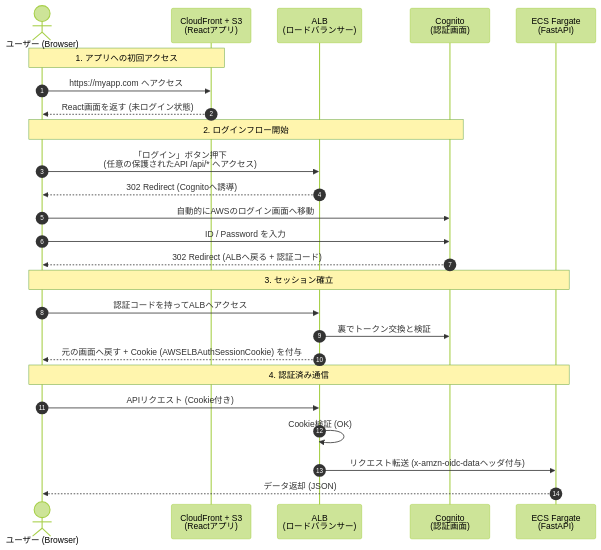
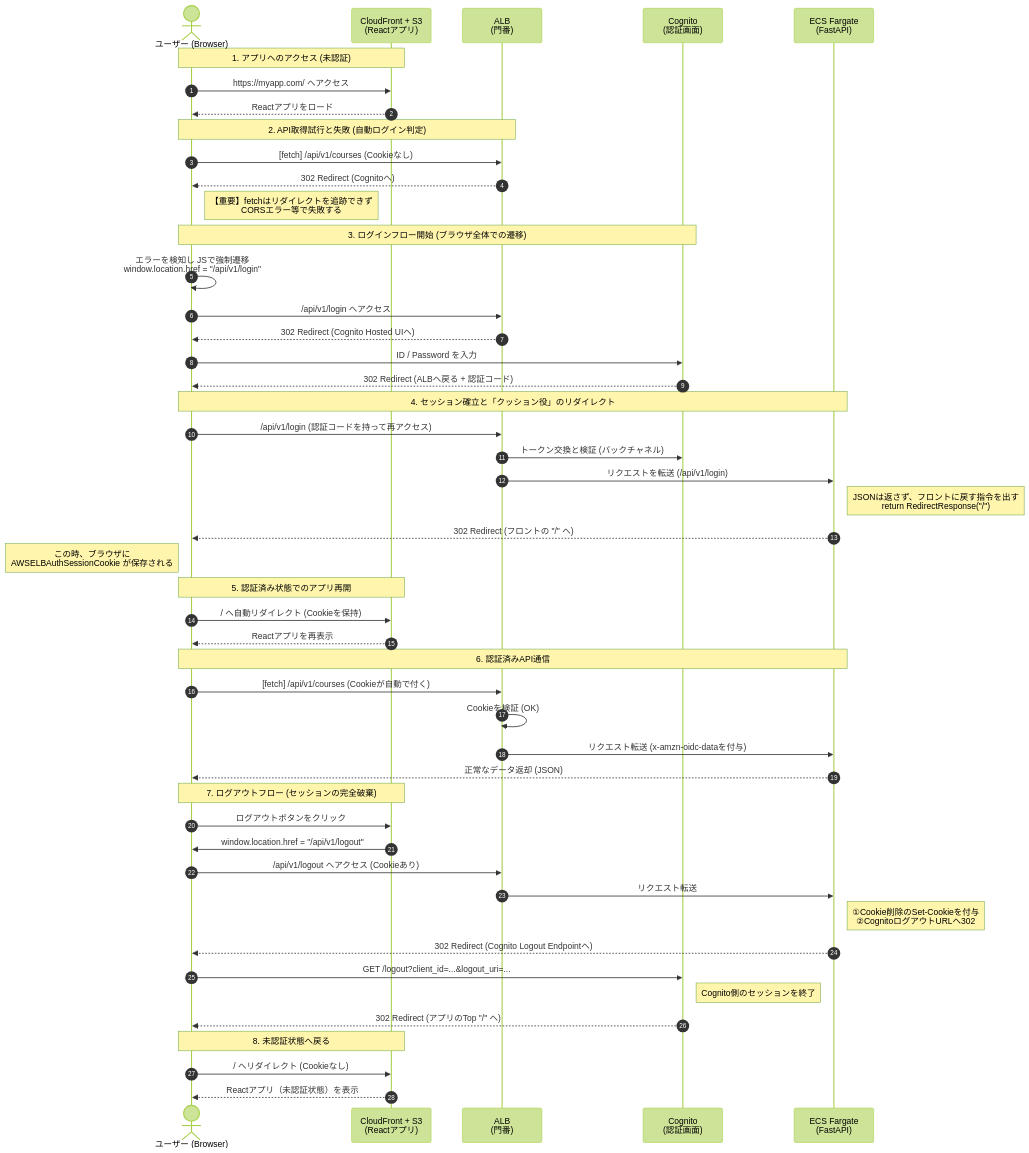
The diagram in docs/auth-flow.md (yt1970/AIE-DXproject_1_back), drawn with Mermaid (forest theme) before and after one commit. The commit also changed other lines of this file, not shown here.

Commit message:
docs: Update authentication flow documentation

````diff
--- a/docs/auth-flow.md
+++ b/docs/auth-flow.md
@@ -5,32 +5,60 @@
 ```mermaid
 sequenceDiagram
     autonumber
     actor User as ユーザー (Browser)
-    participant S3 as CloudFront + S3<br>(Reactアプリ)
-    participant ALB as ALB<br>(ロードバランサー)
-    participant Cognito as Cognito<br>(認証画面)
-    participant API as ECS Fargate<br>(FastAPI)
+    participant S3 as CloudFront + S3<br/>(Reactアプリ)
+    participant ALB as ALB<br/>(門番)
+    participant Cognito as Cognito<br/>(認証画面)
+    participant API as ECS Fargate<br/>(FastAPI)
 
-    Note over User, S3: 1. アプリへの初回アクセス
-    User->>S3: https://myapp.com へアクセス
-    S3-->>User: React画面を返す (未ログイン状態)
+    Note over User, S3: 1. アプリへのアクセス (未認証)
+    User->>S3: https://myapp.com/ へアクセス
+    S3-->>User: Reactアプリをロード
 
-    Note over User, Cognito: 2. ログインフロー開始
-    User->>ALB: 「ログイン」ボタン押下<br>(任意の保護されたAPI /api/* へアクセス)
-    ALB-->>User: 302 Redirect (Cognitoへ誘導)
-    
-    User->>Cognito: 自動的にAWSのログイン画面へ移動
+    Note over User, ALB: 2. API取得試行と失敗 (自動ログイン判定)
+    User->>ALB: [fetch] /api/v1/courses (Cookieなし)
+    ALB-->>User: 302 Redirect (Cognitoへ)
+    Note right of User: 【重要】fetchはリダイレクトを追跡できず<br/>CORSエラー等で失敗する
+
+    Note over User, Cognito: 3. ログインフロー開始 (ブラウザ全体での遷移)
+    User->>User: エラーを検知し JSで強制遷移<br/>window.location.href = "/api/v1/login"
+    User->>ALB: /api/v1/login へアクセス
+    ALB-->>User: 302 Redirect (Cognito Hosted UIへ)
     User->>Cognito: ID / Password を入力
     Cognito-->>User: 302 Redirect (ALBへ戻る + 認証コード)
 
-    Note over User, API: 3. セッション確立
-    User->>ALB: 認証コードを持ってALBへアクセス
-    ALB->>Cognito: 裏でトークン交換と検証
-    ALB-->>User: 元の画面へ戻す + Cookie (AWSELBAuthSessionCookie) を付与
+    Note over User, API: 4. セッション確立と「クッション役」のリダイレクト
+    User->>ALB: /api/v1/login (認証コードを持って再アクセス)
+    ALB->>Cognito: トークン交換と検証 (バックチャネル)
+    ALB->>API: リクエストを転送 (/api/v1/login)
+    Note right of API: JSONは返さず、フロントに戻す指令を出す<br/>return RedirectResponse("/")
+    API-->>User: 302 Redirect (フロントの "/" へ)
+    Note left of User: この時、ブラウザに<br/>AWSELBAuthSessionCookie が保存される
 
-    Note over User, API: 4. 認証済み通信
-    User->>ALB: APIリクエスト (Cookie付き)
-    ALB->>ALB: Cookie検証 (OK)
-    ALB->>API: リクエスト転送 (x-amzn-oidc-dataヘッダ付与)
-    API-->>User: データ返却 (JSON)
+    Note over User, S3: 5. 認証済み状態でのアプリ再開
+    User->>S3: / へ自動リダイレクト (Cookieを保持)
+    S3-->>User: Reactアプリを再表示
+
+    Note over User, API: 6. 認証済みAPI通信
+    User->>ALB: [fetch] /api/v1/courses (Cookieが自動で付く)
+    ALB->>ALB: Cookieを検証 (OK)
+    ALB->>API: リクエスト転送 (x-amzn-oidc-dataを付与)
+    API-->>User: 正常なデータ返却 (JSON)
+
+    Note over User, S3: 7. ログアウトフロー (セッションの完全破棄)
+    User->>S3: ログアウトボタンをクリック
+    S3->>User: window.location.href = "/api/v1/logout"
+
+    User->>ALB: /api/v1/logout へアクセス (Cookieあり)
+    ALB->>API: リクエスト転送
+    Note right of API: ①Cookie削除のSet-Cookieを付与<br/>②CognitoログアウトURLへ302
+    API-->>User: 302 Redirect (Cognito Logout Endpointへ)
+
+    User->>Cognito: GET /logout?client_id=...&logout_uri=...
+    Note right of Cognito: Cognito側のセッションを終了
+    Cognito-->>User: 302 Redirect (アプリのTop "/" へ)
+
+    Note over User, S3: 8. 未認証状態へ戻る
+    User->>S3: / へリダイレクト (Cookieなし)
+    S3-->>User: Reactアプリ（未認証状態）を表示
 ```
````
